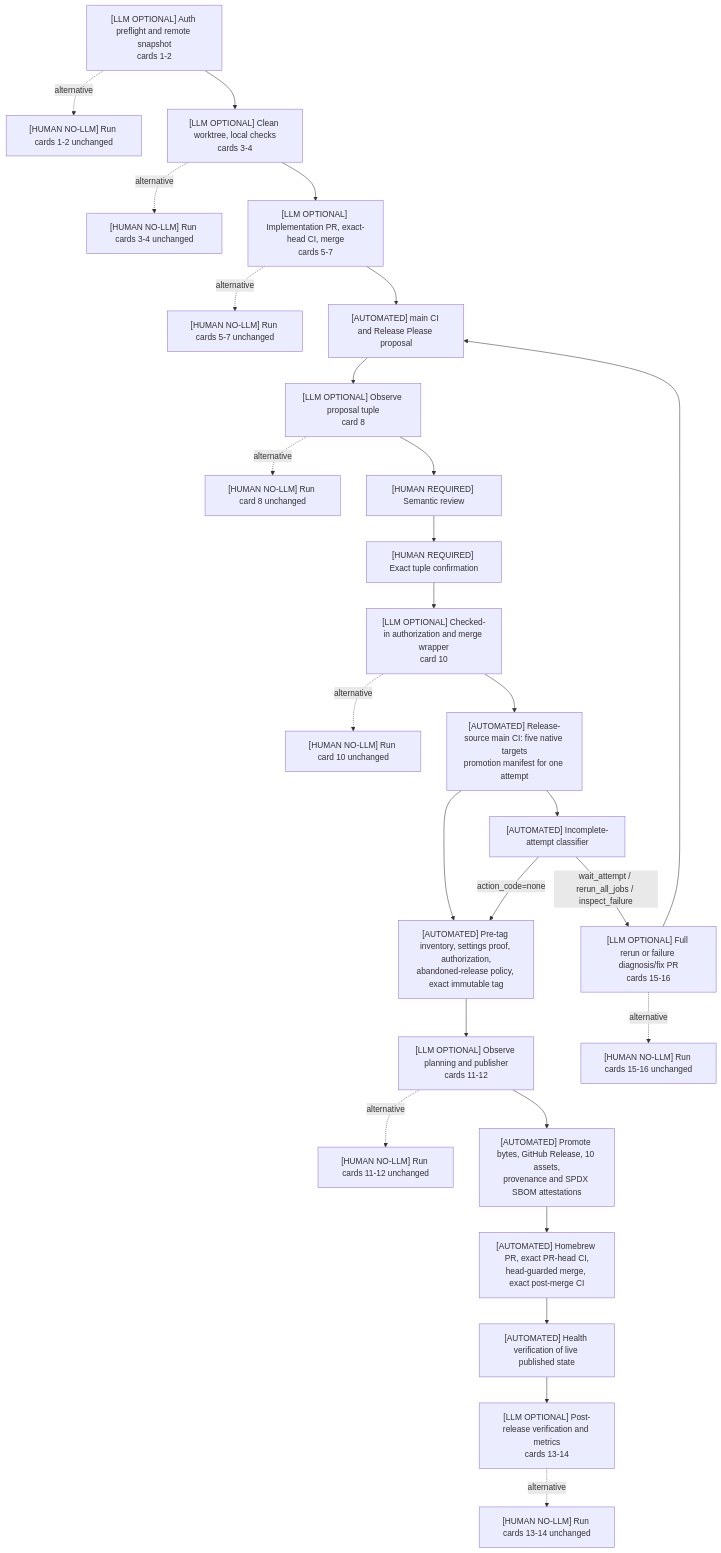
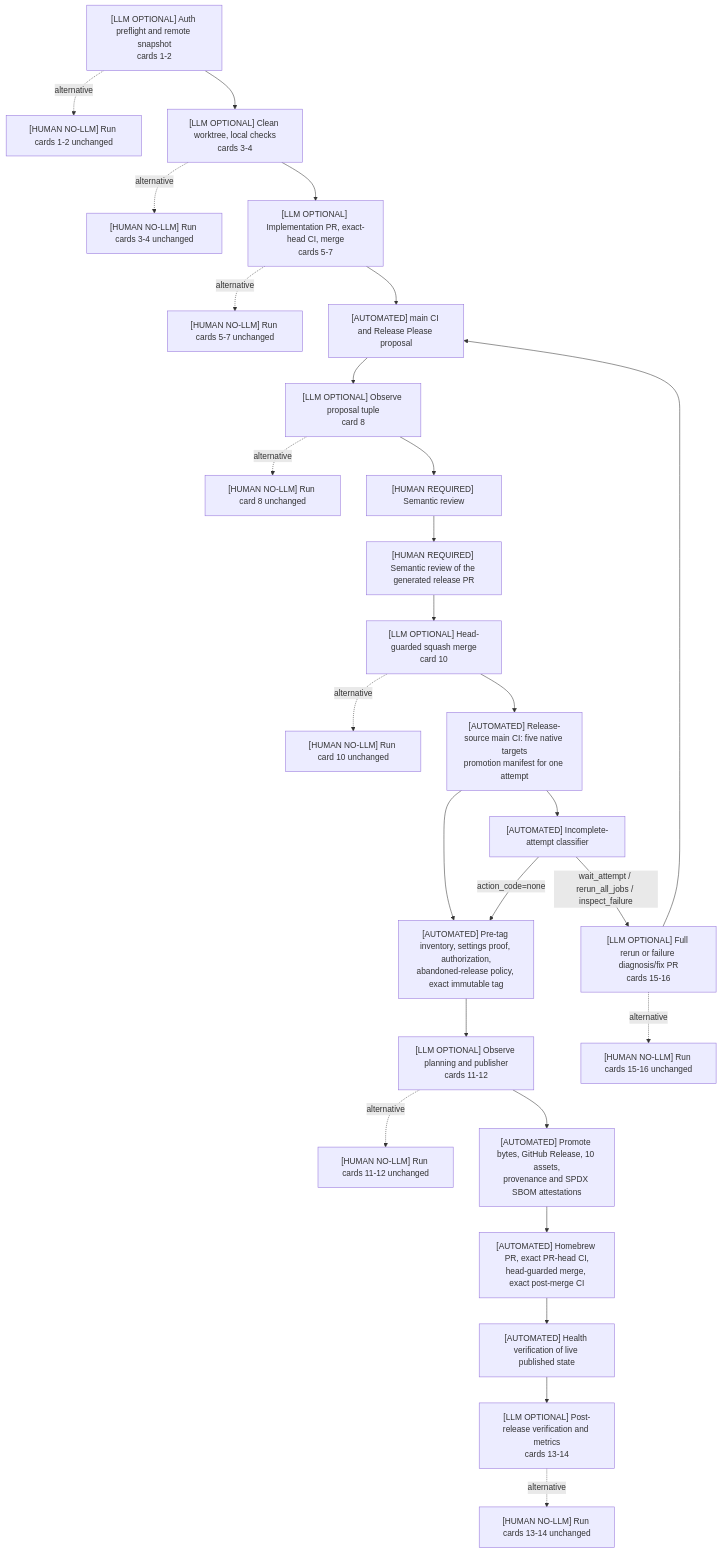
The diagram in docs/release-operator-runbook.md (ildarbinanas-design/env-vault), drawn with Mermaid before and after one commit. The commit also changed other lines of this file and 14 other files, not shown here.

First line of the commit message:
ci(release): drop the byte-exact release confirmation ceremony (#72)

````diff
--- a/docs/release-operator-runbook.md
+++ b/docs/release-operator-runbook.md
@@ -57,42 +53,42 @@
 ```mermaid
 flowchart TD
     A["[LLM OPTIONAL] Auth preflight and remote snapshot<br/>cards 1-2"]
     A0["[HUMAN NO-LLM] Run cards 1-2 unchanged"]
     B["[LLM OPTIONAL] Clean worktree, local checks<br/>cards 3-4"]
     B0["[HUMAN NO-LLM] Run cards 3-4 unchanged"]
     C["[LLM OPTIONAL] Implementation PR, exact-head CI, merge<br/>cards 5-7"]
     C0["[HUMAN NO-LLM] Run cards 5-7 unchanged"]
     D["[AUTOMATED] main CI and Release Please proposal"]
     E["[LLM OPTIONAL] Observe proposal tuple<br/>card 8"]
     E0["[HUMAN NO-LLM] Run card 8 unchanged"]
     F["[HUMAN REQUIRED] Semantic review"]
-    G["[HUMAN REQUIRED] Exact tuple confirmation"]
-    H["[LLM OPTIONAL] Checked-in authorization and merge wrapper<br/>card 10"]
+    G["[HUMAN REQUIRED] Semantic review of the generated release PR"]
+    H["[LLM OPTIONAL] Head-guarded squash merge<br/>card 10"]
     H0["[HUMAN NO-LLM] Run card 10 unchanged"]
     I["[AUTOMATED] Release-source main CI: five native targets<br/>promotion manifest for one attempt"]
     J["[AUTOMATED] Pre-tag inventory, settings proof, authorization,<br/>abandoned-release policy, exact immutable tag"]
     K["[LLM OPTIONAL] Observe planning and publisher<br/>cards 11-12"]
     K0["[HUMAN NO-LLM] Run cards 11-12 unchanged"]
     L["[AUTOMATED] Promote bytes, GitHub Release, 10 assets,<br/>provenance and SPDX SBOM attestations"]
     M["[AUTOMATED] Homebrew PR, exact PR-head CI,<br/>head-guarded merge, exact post-merge CI"]
     N["[AUTOMATED] Health verification of live published state"]
     O["[LLM OPTIONAL] Post-release verification and metrics<br/>cards 13-14"]
     O0["[HUMAN NO-LLM] Run cards 13-14 unchanged"]
     X["[AUTOMATED] Incomplete-attempt classifier"]
     Y["[LLM OPTIONAL] Full rerun or failure diagnosis/fix PR<br/>cards 15-16"]
     Y0["[HUMAN NO-LLM] Run cards 15-16 unchanged"]
 
     A --> B --> C --> D --> E --> F --> G --> H --> I --> J --> K --> L --> M --> N --> O
     A -. alternative .-> A0
     B -. alternative .-> B0
     C -. alternative .-> C0
     E -. alternative .-> E0
     H -. alternative .-> H0
     K -. alternative .-> K0
     O -. alternative .-> O0
     I --> X
     X -->|"action_code=none"| J
     X -->|"wait_attempt / rerun_all_jobs / inspect_failure"| Y
     Y -. alternative .-> Y0
     Y --> D
 ```
````
